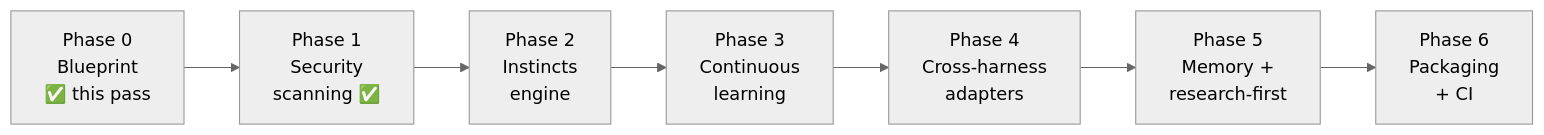
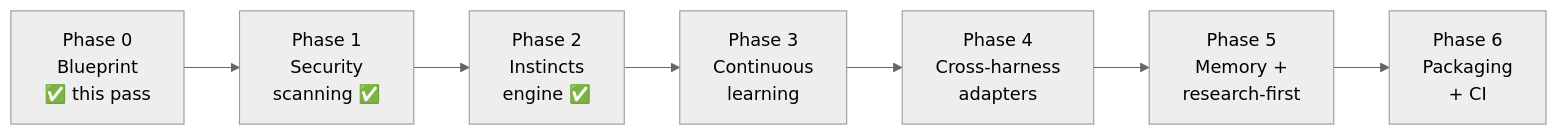
Before and after one commit to osxsystem/topology: the diagram in docs/ROADMAP.md, drawn with Mermaid (neutral theme). The commit also changed other lines of this file and 1 other file, not shown here.

First line of the commit message:
docs: instinct canonical shape (no applies), Phase 2 delivered, fix stale refs

````diff
--- a/docs/ROADMAP.md
+++ b/docs/ROADMAP.md
@@ -11,9 +11,9 @@
 ```mermaid
 flowchart LR
     P0["Phase 0<br/>Blueprint<br/>✅ this pass"] --> P1["Phase 1<br/>Security<br/>scanning ✅"]
-    P1 --> P2["Phase 2<br/>Instincts<br/>engine"]
+    P1 --> P2["Phase 2<br/>Instincts<br/>engine ✅"]
     P2 --> P3["Phase 3<br/>Continuous<br/>learning"]
     P3 --> P4["Phase 4<br/>Cross-harness<br/>adapters"]
     P4 --> P5["Phase 5<br/>Memory +<br/>research-first"]
     P5 --> P6["Phase 6<br/>Packaging<br/>+ CI"]
 ```
````
